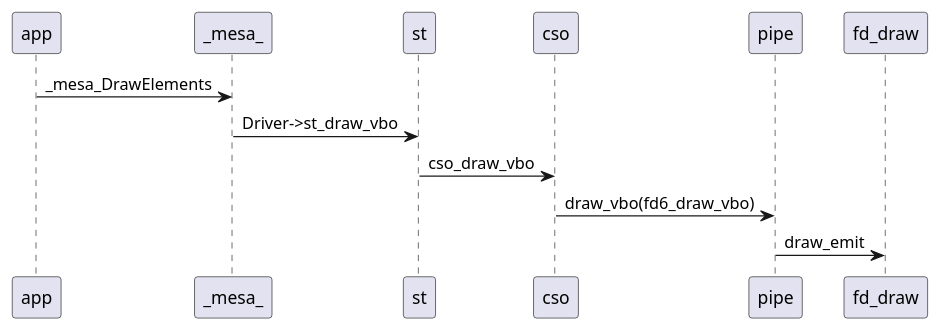
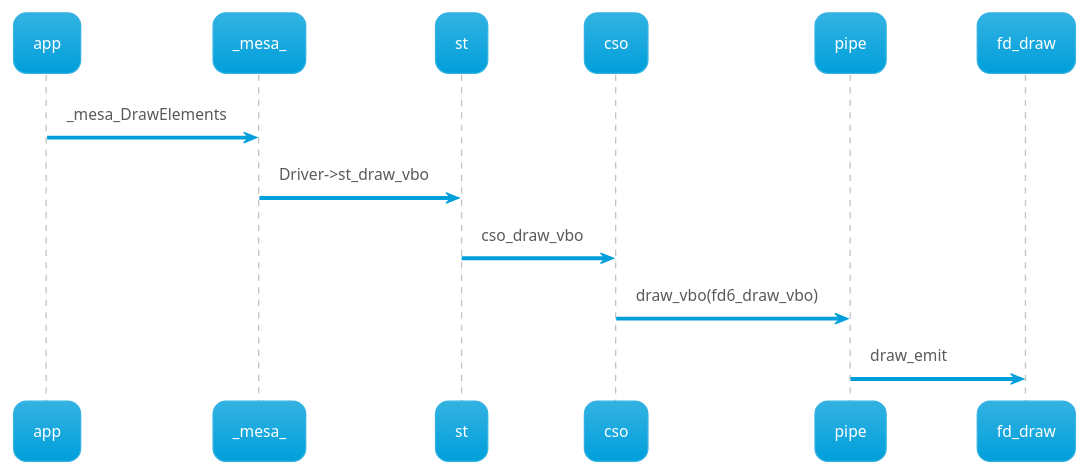
Before and after one commit to zhangfuwen/GitNote: the second of 7 diagrams in Notes/999-misc/linux-kernel-gpu-trace.md, drawn with PlantUML. The commit also changed other lines of this file and 7 other files, not shown here.

````diff
--- a/Notes/999-misc/linux-kernel-gpu-trace.md
+++ b/Notes/999-misc/linux-kernel-gpu-trace.md
@@ -254,9 +254,10 @@
 ```plantuml
 @startuml
+!theme bluegray
 app -> _mesa_: _mesa_DrawElements
 _mesa_ -> st: Driver->st_draw_vbo
 st -> cso: cso_draw_vbo
 cso -> pipe: draw_vbo(fd6_draw_vbo)
 pipe -> fd_draw: draw_emit
 @enduml
 ```
````
